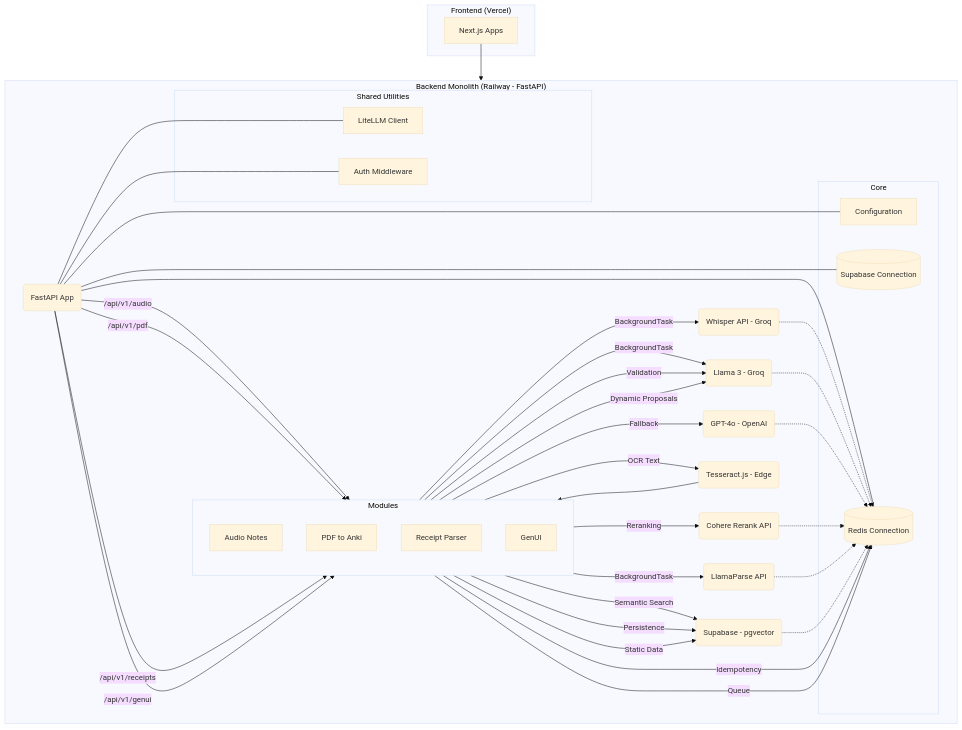
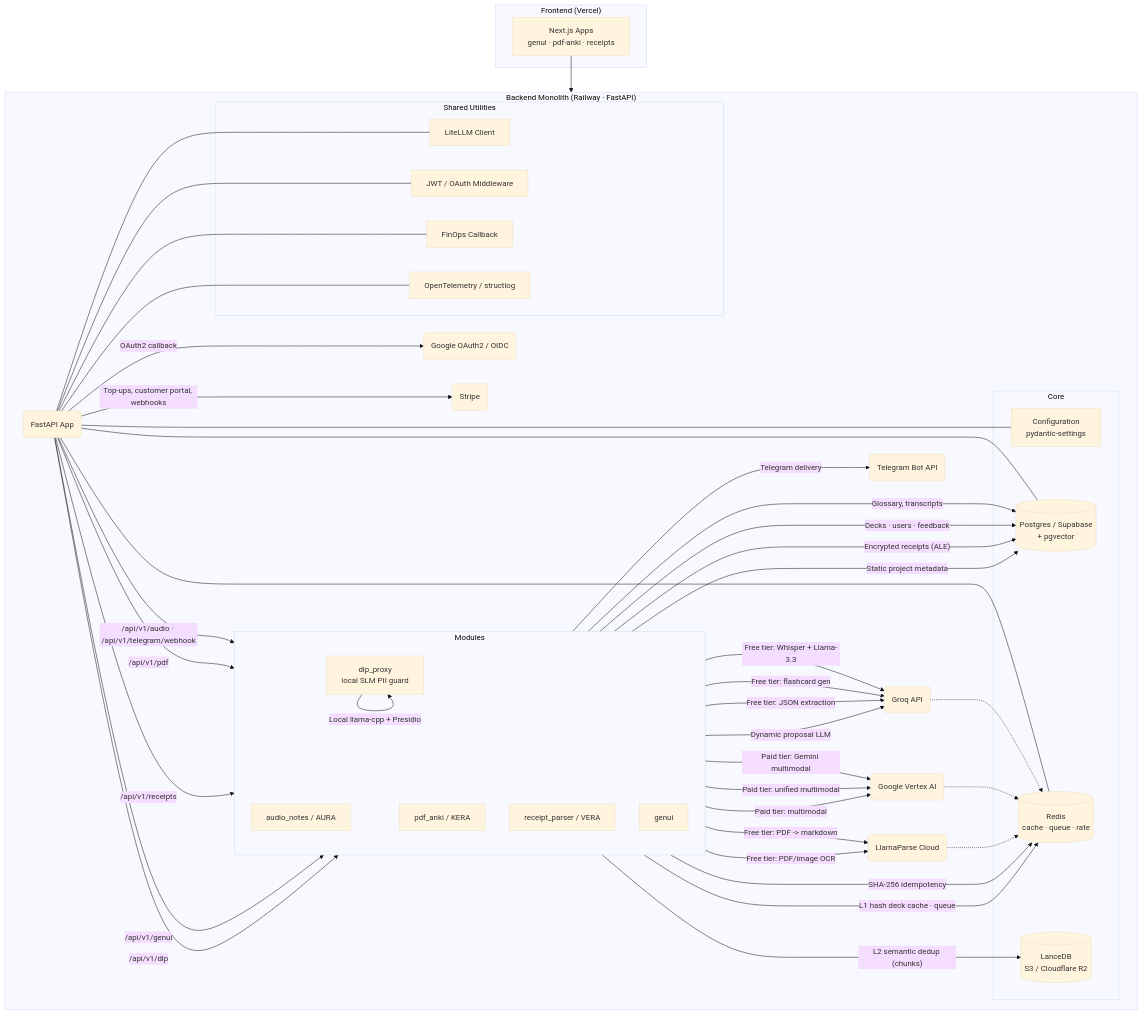
One commit to JMMAILabs/frugal-fortress-architecture changed the diagram in docs/diagrams/core/backend_monolith_context.md. Above: the diagram before and after it, drawn with Mermaid (base theme). The commit also changed other lines of this file and 33 other files, not shown here.

````diff
--- a/docs/diagrams/core/backend_monolith_context.md
+++ b/docs/diagrams/core/backend_monolith_context.md
@@ -5,67 +5,85 @@
 ```mermaid
 graph TD
     subgraph Frontend["Frontend (Vercel)"]
-        FE[Next.js Apps]
+        FE[Next.js Apps<br/>genui · pdf-anki · receipts]
     end
 
-    subgraph Backend_Monolith ["Backend Monolith (Railway - FastAPI)"]
+    subgraph Backend_Monolith ["Backend Monolith (Railway · FastAPI)"]
         direction LR
-        
+
         subgraph Core ["Core"]
-            C_CONFIG[Configuration]
-            C_DB[(Supabase Connection)]
-            C_REDIS[(Redis Connection)]
+            C_CONFIG[Configuration<br/>pydantic-settings]
+            C_DB[(Postgres / Supabase<br/>+ pgvector)]
+            C_REDIS[(Redis<br/>cache · queue · rate)]
+            C_LANCE[(LanceDB<br/>S3 / Cloudflare R2)]
         end
 
         subgraph Shared_Utilities ["Shared Utilities"]
             S_LLM[LiteLLM Client]
-            S_SECURITY[Auth Middleware]
+            S_AUTH[JWT / OAuth Middleware]
+            S_FINOPS[FinOps Callback]
+            S_OTEL[OpenTelemetry / structlog]
         end
 
         subgraph Modules ["Modules"]
             direction TB
-            M_AUDIO[Audio Notes]
-            M_PDF[PDF to Anki]
-            M_RECEIPTS[Receipt Parser]
-            M_GENUI[GenUI]
+            M_AUDIO[audio_notes / AURA]
+            M_PDF[pdf_anki / KERA]
+            M_RECEIPTS[receipt_parser / VERA]
+            M_GENUI[genui]
+            M_DLP[dlp_proxy<br/>local SLM PII guard]
         end
 
         API_GATEWAY(FastAPI App) --- C_CONFIG
         API_GATEWAY --- C_DB
         API_GATEWAY --- C_REDIS
         API_GATEWAY --- S_LLM
-        API_GATEWAY --- S_SECURITY
+        API_GATEWAY --- S_AUTH
+        API_GATEWAY --- S_FINOPS
+        API_GATEWAY --- S_OTEL
 
-        API_GATEWAY -- /api/v1/audio --> M_AUDIO
+        API_GATEWAY -- /api/v1/audio · /api/v1/telegram/webhook --> M_AUDIO
         API_GATEWAY -- /api/v1/pdf --> M_PDF
         API_GATEWAY -- /api/v1/receipts --> M_RECEIPTS
         API_GATEWAY -- /api/v1/genui --> M_GENUI
+        API_GATEWAY -- /api/v1/dlp --> M_DLP
 
-        M_AUDIO -- BackgroundTask --> EXT_WHISPER(Whisper API - Groq)
-        M_AUDIO -- BackgroundTask --> EXT_LLAMA(Llama 3 - Groq)
-        M_AUDIO -- Idempotency --> C_REDIS
+        %% Audio Notes (AURA)
+        M_AUDIO -- Free tier: Whisper + Llama-3.3 --> EXT_GROQ(Groq API)
+        M_AUDIO -- Paid tier: Gemini multimodal --> EXT_VERTEX(Google Vertex AI)
+        M_AUDIO -- SHA-256 idempotency --> C_REDIS
+        M_AUDIO -- Glossary, transcripts --> C_DB
+        M_AUDIO -- Telegram delivery --> EXT_TG(Telegram Bot API)
 
-        M_PDF -- BackgroundTask --> EXT_LLAMAPARSE(LlamaParse API)
-        M_PDF -- Semantic Search --> EXT_SUPABASE(Supabase - pgvector)
-        M_PDF -- Reranking --> EXT_COHERE(Cohere Rerank API)
-        M_PDF -- Queue --> C_REDIS
+        %% PDF to Anki (KERA)
+        M_PDF -- Free tier: PDF -> markdown --> EXT_LLAMAPARSE(LlamaParse Cloud)
+        M_PDF -- Free tier: flashcard gen --> EXT_GROQ
+        M_PDF -- Paid tier: unified multimodal --> EXT_VERTEX
+        M_PDF -- L2 semantic dedup (chunks) --> C_LANCE
+        M_PDF -- Decks · users · feedback --> C_DB
+        M_PDF -- L1 hash deck cache · queue --> C_REDIS
 
-        M_RECEIPTS -- Validation --> EXT_LLAMA
-        M_RECEIPTS -- Fallback --> EXT_GPT4O(GPT-4o - OpenAI)
-        M_RECEIPTS -- Persistence --> EXT_SUPABASE
-        M_RECEIPTS -- OCR Text --> FE_OCR(Tesseract.js - Edge)
+        %% Receipt Parser (VERA)
+        M_RECEIPTS -- Free tier: PDF/image OCR --> EXT_LLAMAPARSE
+        M_RECEIPTS -- Free tier: JSON extraction --> EXT_GROQ
+        M_RECEIPTS -- Paid tier: multimodal --> EXT_VERTEX
+        M_RECEIPTS -- Encrypted receipts (ALE) --> C_DB
 
-        M_GENUI -- Dynamic Proposals --> EXT_LLAMA
-        M_GENUI -- Static Data --> EXT_SUPABASE
+        %% GenUI
+        M_GENUI -- Dynamic proposal LLM --> EXT_GROQ
+        M_GENUI -- Static project metadata --> C_DB
+
+        %% DLP Proxy (local; no external LLM)
+        M_DLP -- Local llama-cpp + Presidio --> M_DLP
+
+        %% Auth and billing
+        API_GATEWAY -- OAuth2 callback --> EXT_GOOGLE(Google OAuth2 / OIDC)
+        API_GATEWAY -- Top-ups, customer portal, webhooks --> EXT_STRIPE(Stripe)
     end
 
     FE --> API_GATEWAY
-    FE_OCR --> M_RECEIPTS
 
-    EXT_WHISPER -.-> C_REDIS
-    EXT_LLAMA -.-> C_REDIS
-    EXT_GPT4O -.-> C_REDIS
-    EXT_COHERE -.-> C_REDIS
+    EXT_GROQ -.-> C_REDIS
+    EXT_VERTEX -.-> C_REDIS
     EXT_LLAMAPARSE -.-> C_REDIS
-    EXT_SUPABASE -.-> C_REDIS
 ```
````
